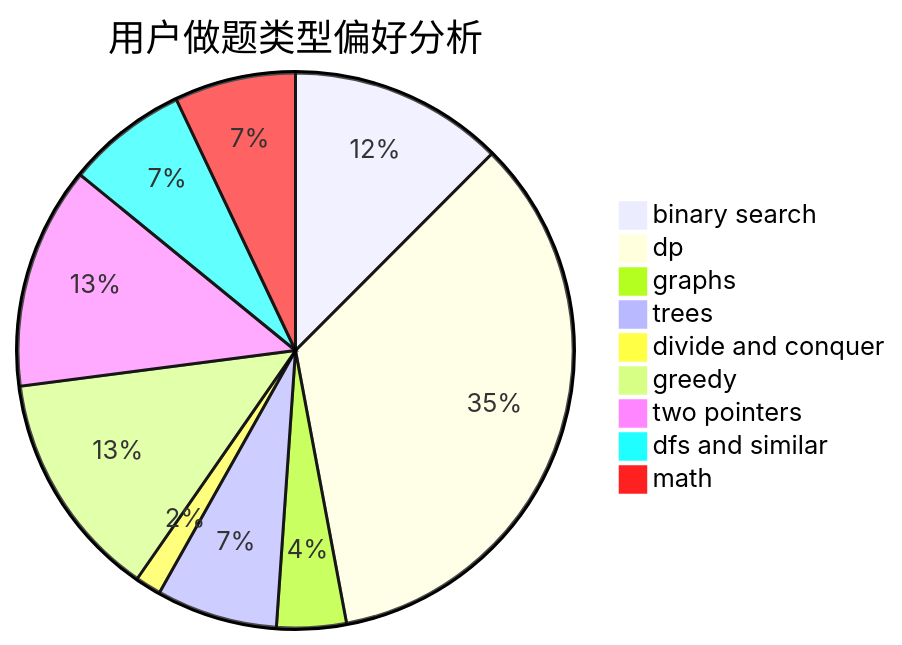
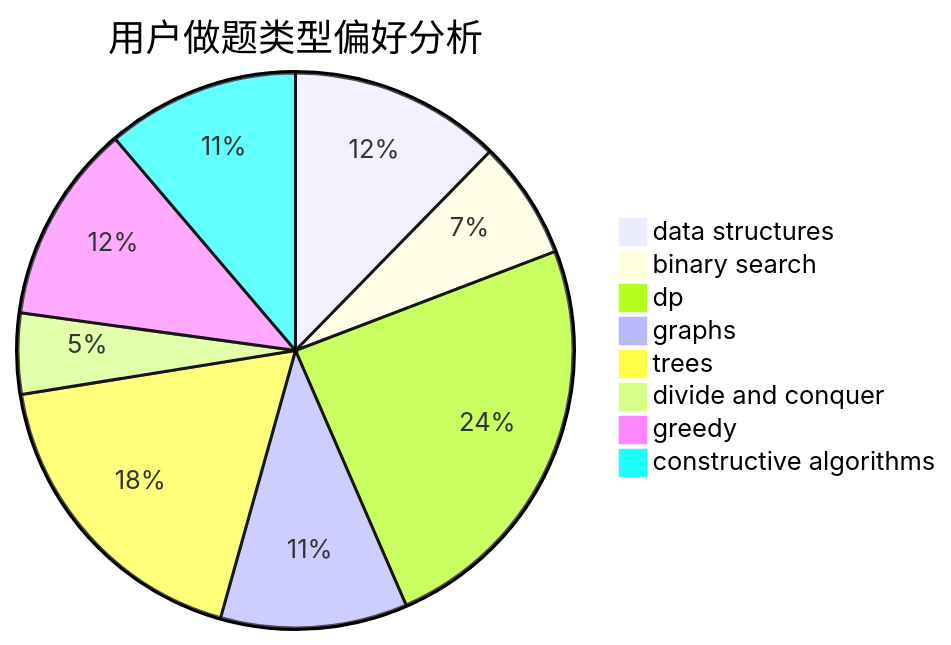
Before and after one commit to sherpahu/cfrs.github.io: the second of 3 diagrams in docs/user/u747.md, drawn with Mermaid. The commit also changed other lines of this file and 2775 other files, not shown here.

````diff
--- a/docs/user/u747.md
+++ b/docs/user/u747.md
@@ -23,12 +23,11 @@
 ```mermaid
 pie title 用户做题类型偏好分析
-    "binary search" :  108
-    "dp" :  299
-    "graphs" :  35
-    "trees" :  61
+    "data structures" :  34
+    "binary search" :  19
+    "dp" :  67
+    "graphs" :  30
+    "trees" :  50
     "divide and conquer" :  13
-    "greedy" :  115
-    "two pointers" :  112
-    "dfs and similar" :  61
-    "math" :  61
+    "greedy" :  32
+    "constructive algorithms" :  31
 ```
````
